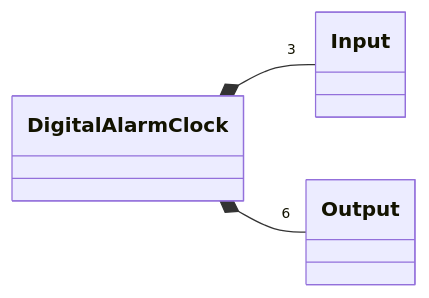
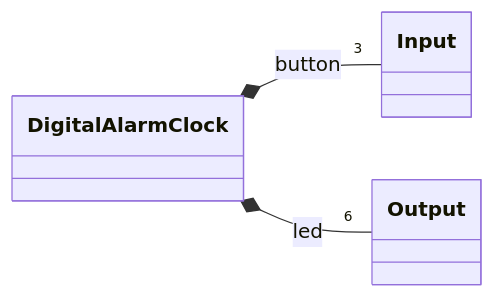
One commit to vermilion9312/digital-alarm-clock changed the first of 3 diagrams in README.md. Above: the diagram before and after it, drawn with Mermaid. The commit also changed other lines of this file, not shown here.

````diff
--- a/README.md
+++ b/README.md
@@ -12,16 +12,16 @@
 ```mermaid
 classDiagram
 direction LR
 
 class Input {
 }
 
 class Output {
 }
 
 class DigitalAlarmClock {
 }
 
-DigitalAlarmClock *-- "3" Input
-DigitalAlarmClock *-- "6" Output
+DigitalAlarmClock *-- "3" Input : button
+DigitalAlarmClock *-- "6" Output : led
 ```
````
